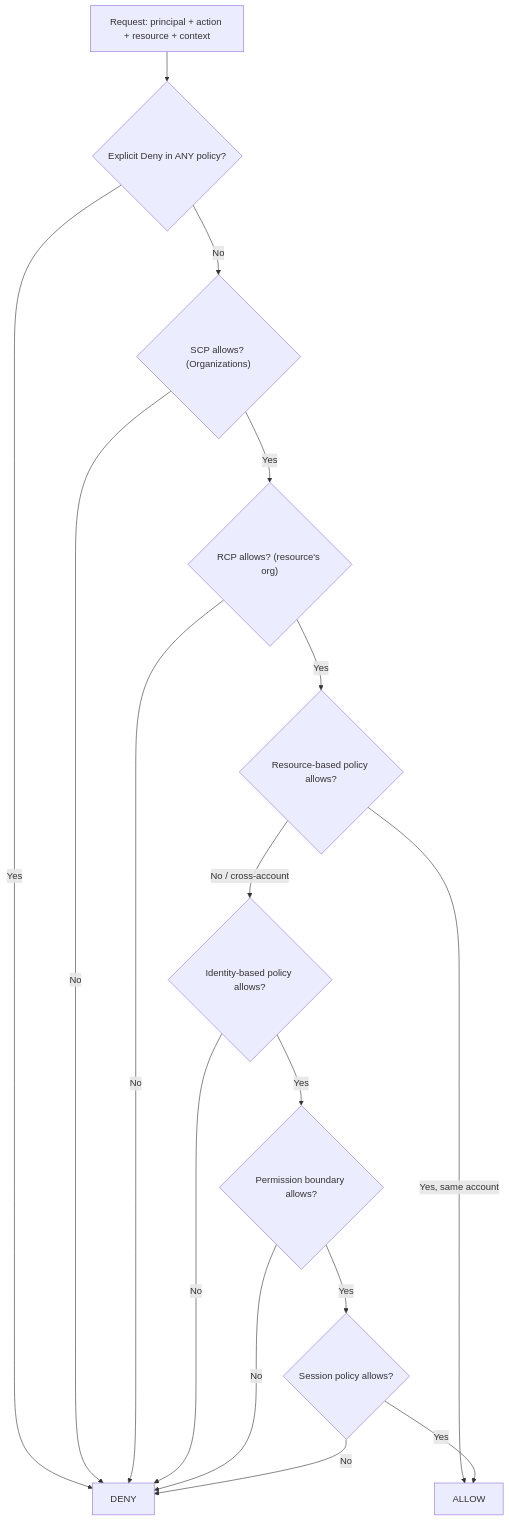
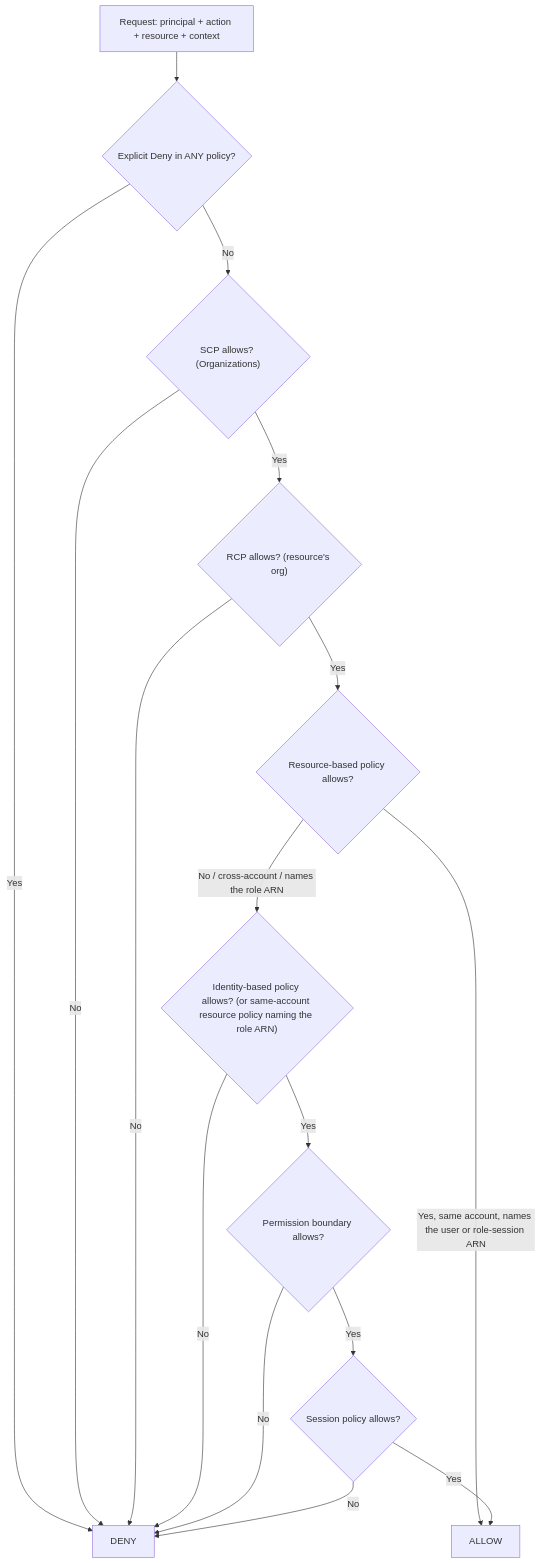
One commit to himanshubhardwaj87/awesome-aws-architecture changed the diagram in concepts/iam-deep-dive.md. Above: the diagram before and after it, drawn with Mermaid. The commit also changed 18 other files, not shown here.

````diff
--- a/concepts/iam-deep-dive.md
+++ b/concepts/iam-deep-dive.md
@@ -17,18 +17,18 @@
 ```mermaid
 flowchart TD
     Start["Request: principal + action + resource + context"] --> D{"Explicit Deny in ANY policy?"}
     D -->|"Yes"| Deny["DENY"]
     D -->|"No"| SCP{"SCP allows? (Organizations)"}
     SCP -->|"No"| Deny
     SCP -->|"Yes"| RCP{"RCP allows? (resource's org)"}
     RCP -->|"No"| Deny
     RCP -->|"Yes"| RBP{"Resource-based policy allows?"}
-    RBP -->|"Yes, same account"| Allow["ALLOW"]
-    RBP -->|"No / cross-account"| IBP{"Identity-based policy allows?"}
+    RBP -->|"Yes, same account, names the user or role-session ARN"| Allow["ALLOW"]
+    RBP -->|"No / cross-account / names the role ARN"| IBP{"Identity-based policy allows? (or same-account resource policy naming the role ARN)"}
     IBP -->|"No"| Deny
     IBP -->|"Yes"| PB{"Permission boundary allows?"}
     PB -->|"No"| Deny
     PB -->|"Yes"| SP{"Session policy allows?"}
     SP -->|"No"| Deny
     SP -->|"Yes"| Allow
 ```
````
